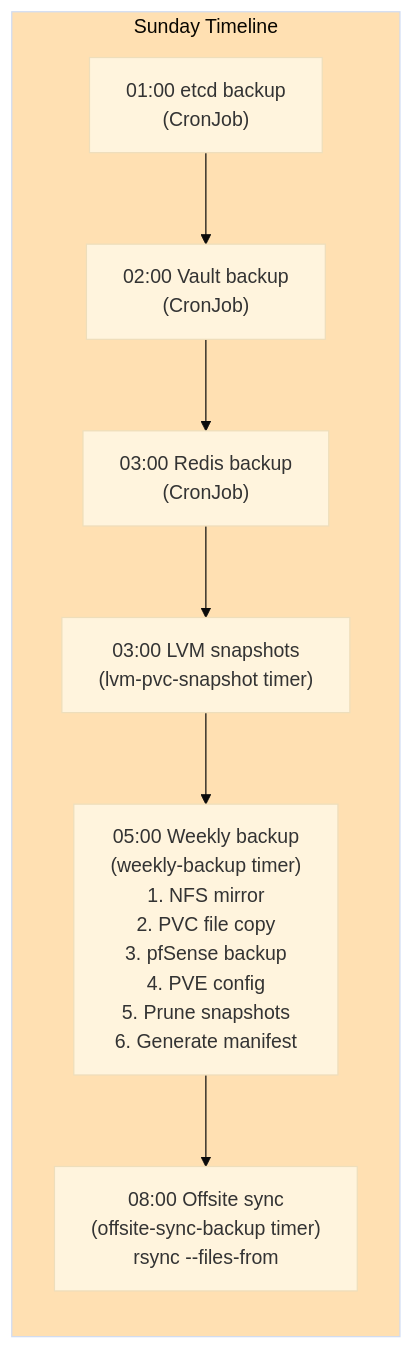
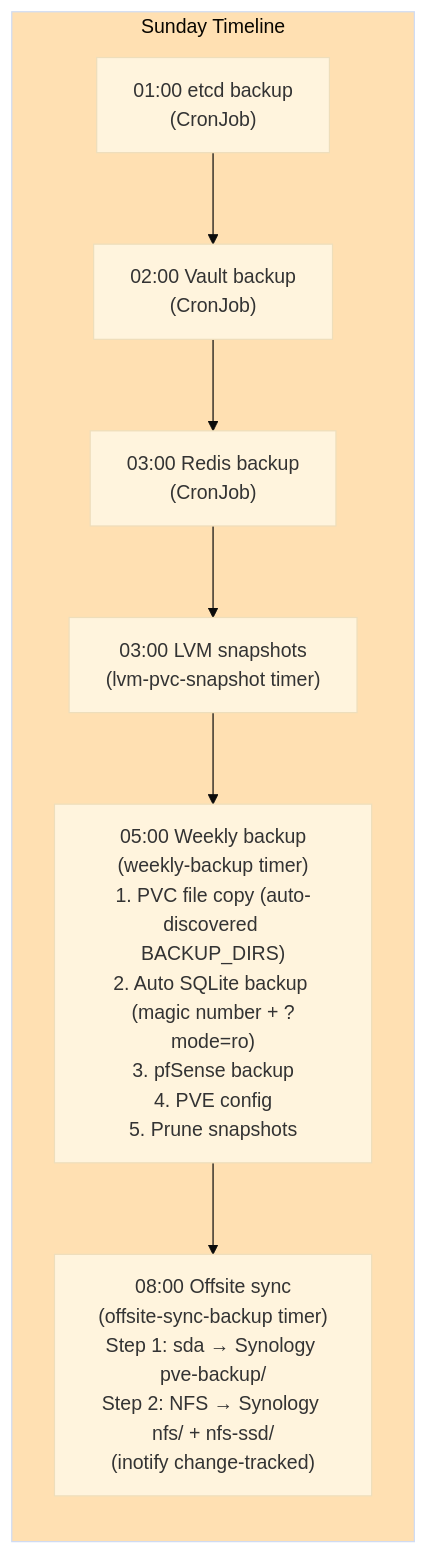
Before and after one commit to ViktorBarzin/infra: the second of 5 diagrams in docs/architecture/backup-dr.md, drawn with Mermaid (base theme). The commit also changed other lines of this file and 4 other files, not shown here.

Commit message:
docs: update backup architecture for inotify change tracking + consolidated Synology layout [ci skip]

````diff
--- a/docs/architecture/backup-dr.md
+++ b/docs/architecture/backup-dr.md
@@ -85,15 +90,15 @@
 ```mermaid
 graph LR
     subgraph Sunday["Sunday Timeline"]
         S01["01:00 etcd backup<br/>(CronJob)"]
         S02["02:00 Vault backup<br/>(CronJob)"]
         S03a["03:00 Redis backup<br/>(CronJob)"]
         S03b["03:00 LVM snapshots<br/>(lvm-pvc-snapshot timer)"]
-        S05["05:00 Weekly backup<br/>(weekly-backup timer)<br/>1. NFS mirror<br/>2. PVC file copy<br/>3. pfSense backup<br/>4. PVE config<br/>5. Prune snapshots<br/>6. Generate manifest"]
-        S08["08:00 Offsite sync<br/>(offsite-sync-backup timer)<br/>rsync --files-from"]
+        S05["05:00 Weekly backup<br/>(weekly-backup timer)<br/>1. PVC file copy (auto-discovered BACKUP_DIRS)<br/>2. Auto SQLite backup (magic number + ?mode=ro)<br/>3. pfSense backup<br/>4. PVE config<br/>5. Prune snapshots"]
+        S08["08:00 Offsite sync<br/>(offsite-sync-backup timer)<br/>Step 1: sda → Synology pve-backup/<br/>Step 2: NFS → Synology nfs/ + nfs-ssd/<br/>(inotify change-tracked)"]
     end
 
     S01 --> S02 --> S03a --> S03b --> S05 --> S08
 
     style Sunday fill:#ffe0b2
 ```
````
